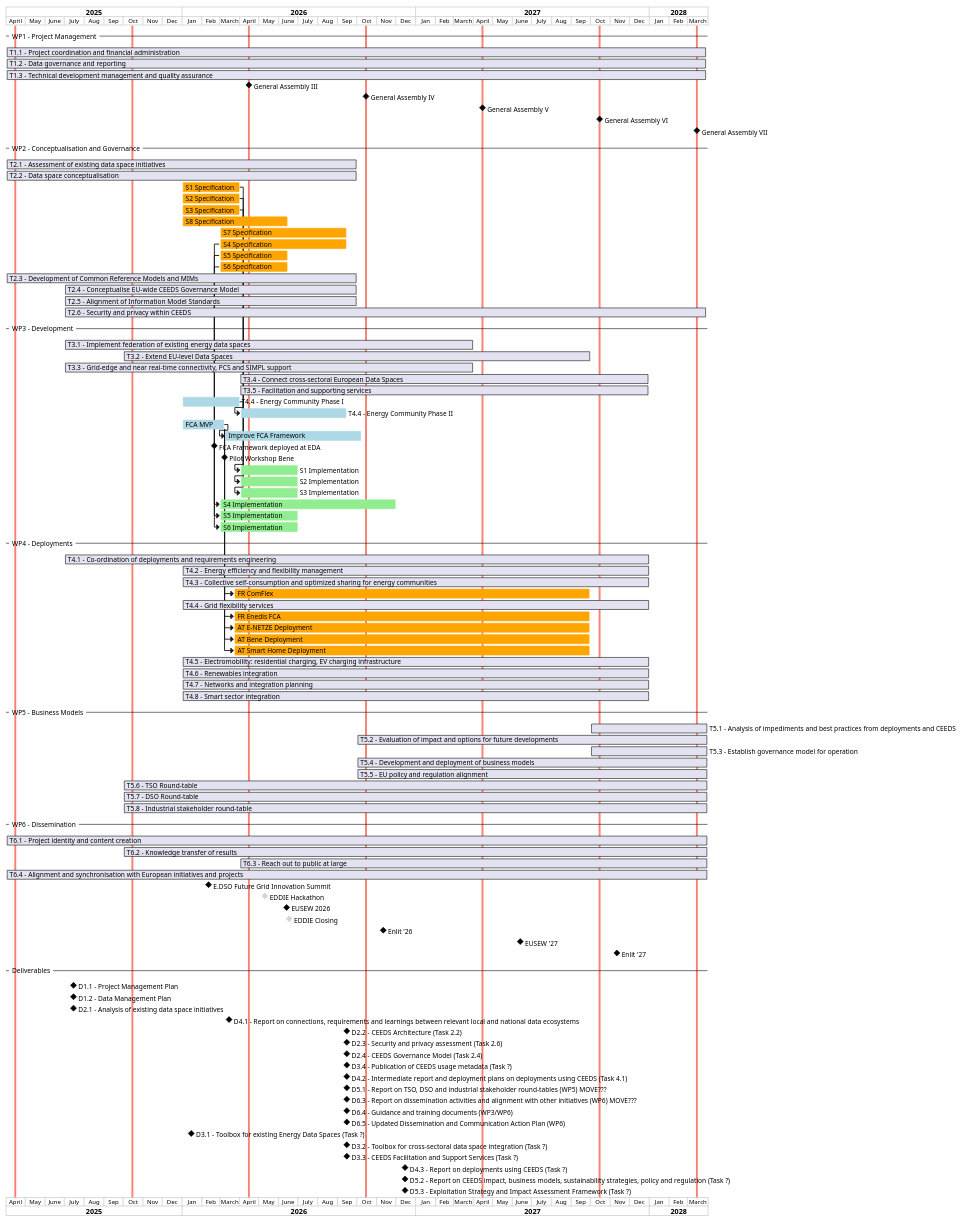
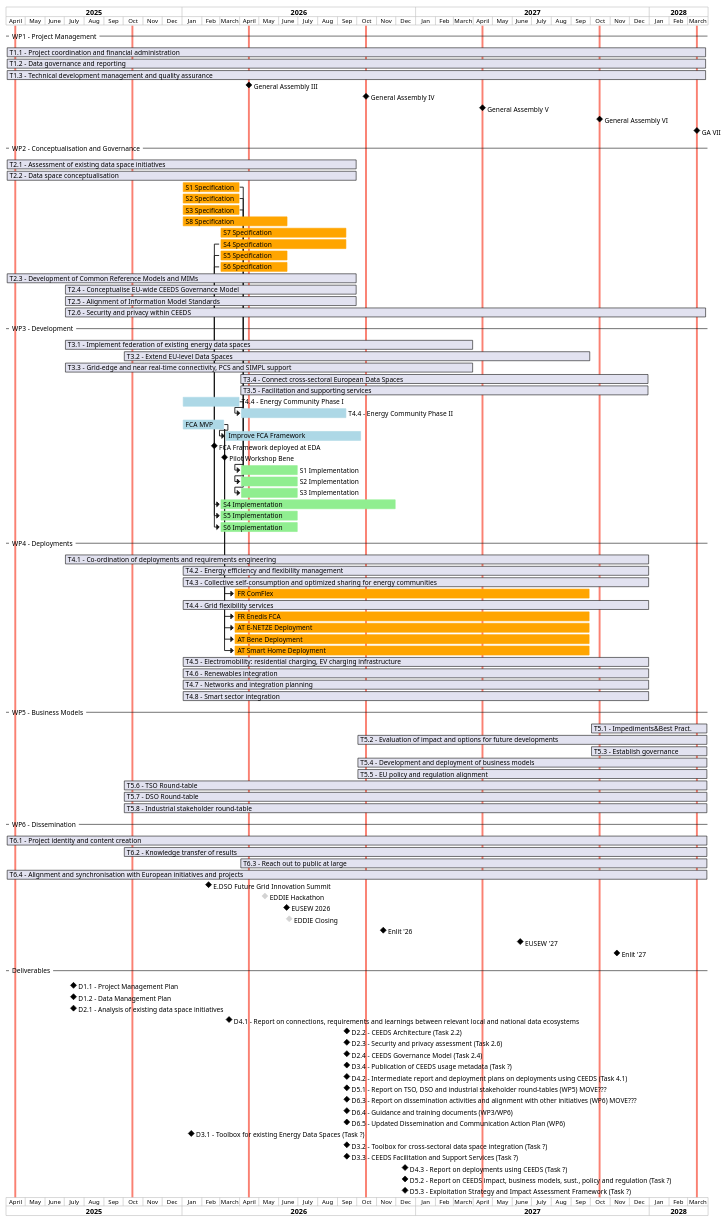
One commit to INSIEME-Energy/architecture changed the diagram in docs/assets/roadmap.puml. Above: the diagram before and after it, drawn with PlantUML. The commit also changed 1 other file, not shown here.

Commit message:
improve gantt

```diff
--- a/docs/assets/roadmap.puml
+++ b/docs/assets/roadmap.puml
@@ -1,129 +1,129 @@
 @startgantt
 printscale monthly with calendar date
 Project starts 2025-04-01
 
 2025-04-14 to 2025-04-16 are colored in salmon
 2025-10-14 to 2025-10-16 are colored in salmon
 2026-04-14 to 2026-04-16 are colored in salmon
 2026-10-14 to 2026-10-16 are colored in salmon
 2027-04-14 to 2027-04-16 are colored in salmon
 2027-10-14 to 2027-10-16 are colored in salmon
 2028-03-14 to 2028-03-16 are colored in salmon
 
 -- WP1 - Project Management --
 
 [T1.1 – Project coordination and financial administration] starts at 2025-04-01 and ends at 2028-03-30
 [T1.2 – Data governance and reporting] starts at 2025-04-01 and ends at 2028-03-30
 [T1.3 – Technical development management and quality assurance] starts at 2025-04-01 and ends at 2028-03-30
 
 [General Assembly III] happens at 2026-04-15
 [General Assembly IV] happens at 2026-10-15
 [General Assembly V] happens at 2027-04-15
 [General Assembly VI] happens at 2027-10-15
-[General Assembly VII] happens at 2028-03-15
+[GA VII] happens at 2028-03-15
 
 -- WP2 - Conceptualisation and Governance --
 
 [T2.1 – Assessment of existing data space initiatives] starts at 2025-04-01 and ends at 2026-10-01
 [T2.2 – Data space conceptualisation] starts at 2025-04-01 and ends at 2026-10-01
 [S1 Specification] starts 2026-01-01 and ends 2026-04-01 and is colored in orange
 [S2 Specification] starts 2026-01-01 and ends 2026-04-01 and is colored in orange
 [S3 Specification] starts 2026-01-01 and ends 2026-04-01 and is colored in orange
 [S8 Specification] starts 2026-01-01 and ends 2026-06-15 and is colored in orange
 [S7 Specification] starts 2026-03-01 and ends 2026-09-15 and is colored in orange
 
 [S4 Specification] starts 2026-03-01 and ends 2026-09-15 and is colored in orange
 [S5 Specification] starts 2026-03-01 and ends 2026-06-15 and is colored in orange
 [S6 Specification] starts 2026-03-01 and ends 2026-06-15 and is colored in orange
 [T2.3 – Development of Common Reference Models and MIMs] starts at 2025-04-01 and ends at 2026-10-01
 [T2.4 – Conceptualise EU-wide CEEDS Governance Model] starts at 2025-07-01 and ends at 2026-10-01
 [T2.5 – Alignment of Information Model Standards] starts at 2025-07-01 and ends at 2026-10-01
 [T2.6 – Security and privacy within CEEDS ] starts at 2025-07-01 and ends at 2028-03-30
 
 -- WP3 - Development --
 
 [T3.1 – Implement federation of existing energy data spaces] starts at 2025-07-01 and ends at 2027-04-01
 [T3.2 – Extend EU-level Data Spaces] starts at 2025-10-01 and ends at 2027-10-01
 [T3.3 – Grid-edge and near real-time connectivity, PCS and SIMPL support] starts at 2025-07-01 and ends at 2027-04-01
 [T3.4 – Connect cross-sectoral European Data Spaces] starts at 2026-04-01 and ends at 2027-12-31
 [T3.5 – Facilitation and supporting services] starts at 2026-04-01 and ends at 2027-12-31
 
 [T4.4 - Energy Community Phase I] as [T44P1] starts 2026-01-01 and ends 2026-04-01 and is colored in lightblue
 [T4.4 - Energy Community Phase II] starts at [T44P1]'s end and ends 2026-09-15 and is colored in lightblue
 [FCA MVP] starts 2026-01-01 and ends 2026-03-08 and is colored in lightblue
 [Improve FCA Framework] starts after [FCA MVP]'s end and ends 2026-10-08 and is colored in lightblue
 [FCA Framework deployed at EDA] happens at 2026-02-20
 [Pilot Workshop Bene] happens after [FCA MVP]'s end
 
 [S1 Implementation] starts at [S1 Specification]'s end and ends at 2026-07-01 and is colored in lightgreen
 [S2 Implementation] starts at [S2 Specification]'s end and ends at 2026-07-01 and is colored in lightgreen
 [S3 Implementation] starts at [S3 Specification]'s end and ends at 2026-07-01 and is colored in lightgreen
 [S4 Implementation] starts at [S4 Specification]'s start and ends at 2026-12-01 and is colored in lightgreen
 [S5 Implementation] starts at [S5 Specification]'s start and ends at 2026-07-01 and is colored in lightgreen
 [S6 Implementation] starts at [S6 Specification]'s start and ends at 2026-07-01 and is colored in lightgreen
 
 -- WP4 - Deployments --
 
 [T4.1 – Co-ordination of deployments and requirements engineering] starts at 2025-07-01 and ends at 2028-01-01
 [T4.2 – Energy efficiency and flexibility management] starts at 2026-01-01 and ends at 2028-01-01
 [T4.3 – Collective self-consumption and optimized sharing for energy communities ] starts at 2026-01-01 and ends at 2028-01-01
 [FR ComFlex] starts 2 weeks after [FCA MVP]'s end and ends at 2027-09-30 and is colored in orange
 [T4.4 – Grid flexibility services] starts at 2026-01-01 and ends at 2028-01-01
 [FR Enedis FCA] starts 2 weeks after [FCA MVP]'s end and ends at 2027-09-30 and is colored in orange
 [AT E-NETZE Deployment] starts 2 weeks after [FCA MVP]'s end and ends at 2027-09-30 and is colored in orange
 [AT Bene Deployment] starts 2 weeks after [FCA MVP]'s end and ends at 2027-09-30 and is colored in orange
 [AT Smart Home Deployment] starts 2 weeks after [FCA MVP]'s end and ends at 2027-09-30 and is colored in orange
 [T4.5 – Electromobility: residential charging, EV charging infrastructure] starts at 2026-01-01 and ends at 2028-01-01
 [T4.6 – Renewables integration] starts at 2026-01-01 and ends at 2028-01-01
 [T4.7 – Networks and integration planning] starts at 2026-01-01 and ends at 2028-01-01
 [T4.8 – Smart sector integration] starts at 2026-01-01 and ends at 2028-01-01
 
 
 -- WP5 - Business Models --
 
-[T5.1 – Analysis of impediments and best practices from deployments and CEEDS] starts at 2027-10-01 and ends at 2028-04-01
+[T5.1 – Impediments&Best Pract.] starts at 2027-10-01 and ends at 2028-04-01
 [T5.2 – Evaluation of impact and options for future developments] starts at 2026-10-01 and ends at 2028-04-01
-[T5.3 – Establish governance model for operation] starts at 2027-10-01 and ends at 2028-04-01
+[T5.3 – Establish governance] starts at 2027-10-01 and ends at 2028-04-01
 [T5.4 – Development and deployment of business models] starts at 2026-10-01 and ends at 2028-04-01
 [T5.5 – EU policy and regulation alignment] starts at 2026-10-01 and ends at 2028-04-01
 [T5.6 – TSO Round-table] starts at 2025-10-01 and ends at 2028-04-01
 [T5.7 – DSO Round-table] starts at 2025-10-01 and ends at 2028-04-01
 [T5.8 – Industrial stakeholder round-table] starts at 2025-10-01 and ends at 2028-04-01
 
 -- WP6 - Dissemination --
 [T6.1 – Project identity and content creation] starts at 2025-04-01 and ends at 2028-04-01
 [T6.2 – Knowledge transfer of results] starts at 2025-10-01 and ends at 2028-04-01
 [T6.3 – Reach out to public at large] starts at 2026-04-01 and ends at 2028-04-01
 [T6.4 – Alignment and synchronisation with European initiatives and projects] starts at 2025-04-01 and ends at 2028-04-01
 
 [E.DSO Future Grid Innovation Summit] links to [[https://futuregridinnovation.eu/]] and happens at 2026-02-11
 [EDDIE Hackathon] happens at 2026-05-10 and is colored in lightgray
 [EUSEW 2026] happens at 2026-06-13
 [EDDIE Closing] happens at 2026-06-17 and is colored in lightgray
 [Enlit '26] happens at 2026-11-11
 [EUSEW '27] happens at 2027-06-13
 [Enlit '27] happens at 2027-11-11
 
 -- Deliverables --
 
 [D1.1 - Project Management Plan] happens at 2025-07-15
 [D1.2 - Data Management Plan] happens at 2025-07-15
 [D2.1 - Analysis of existing data space initiatives] happens at 2025-07-15
 [D4.1 - Report on connections, requirements and learnings between relevant local and national data ecosystems] happens at 2026-03-15
 [D2.2 - CEEDS Architecture (Task 2.2)] happens at 2026-09-15
 [D2.3 - Security and privacy assessment (Task 2.6)] happens at 2026-09-15
 [D2.4 - CEEDS Governance Model (Task 2.4)] happens at 2026-09-15
 [D3.4 - Publication of CEEDS usage metadata (Task ?)] happens at 2026-09-15
 [D4.2 - Intermediate report and deployment plans on deployments using CEEDS (Task 4.1)] happens at 2026-09-15
 [D5.1 - Report on TSO, DSO and industrial stakeholder round-tables (WP5) MOVE???] happens at 2026-09-15
 [D6.3 - Report on dissemination activities and alignment with other initiatives (WP6) MOVE???] happens at 2026-09-15
 [D6.4 - Guidance and training documents (WP3/WP6)] happens at 2026-09-15
 [D6.5 - Updated Dissemination and Communication Action Plan (WP6)] happens at 2026-09-15
 [D3.1 - Toolbox for existing Energy Data Spaces (Task ?)] happens at 2026-01-15
 [D3.2 - Toolbox for cross-sectoral data space integration (Task ?)] happens at 2026-09-15
 [D3.3 - CEEDS Facilitation and Support Services (Task ?)] happens at 2026-09-15
 [D4.3 - Report on deployments using CEEDS (Task ?)] happens at 2026-12-15
-[D5.2 - Report on CEEDS impact, business models, sustainability strategies, policy and regulation (Task ?)] happens at 2026-12-15
+[D5.2 - Report on CEEDS impact, business models, sust., policy and regulation (Task ?)] happens at 2026-12-15
 [D5.3 - Exploitation Strategy and Impact Assessment Framework (Task ?)] happens at 2026-12-15
 
 @endgantt
```
